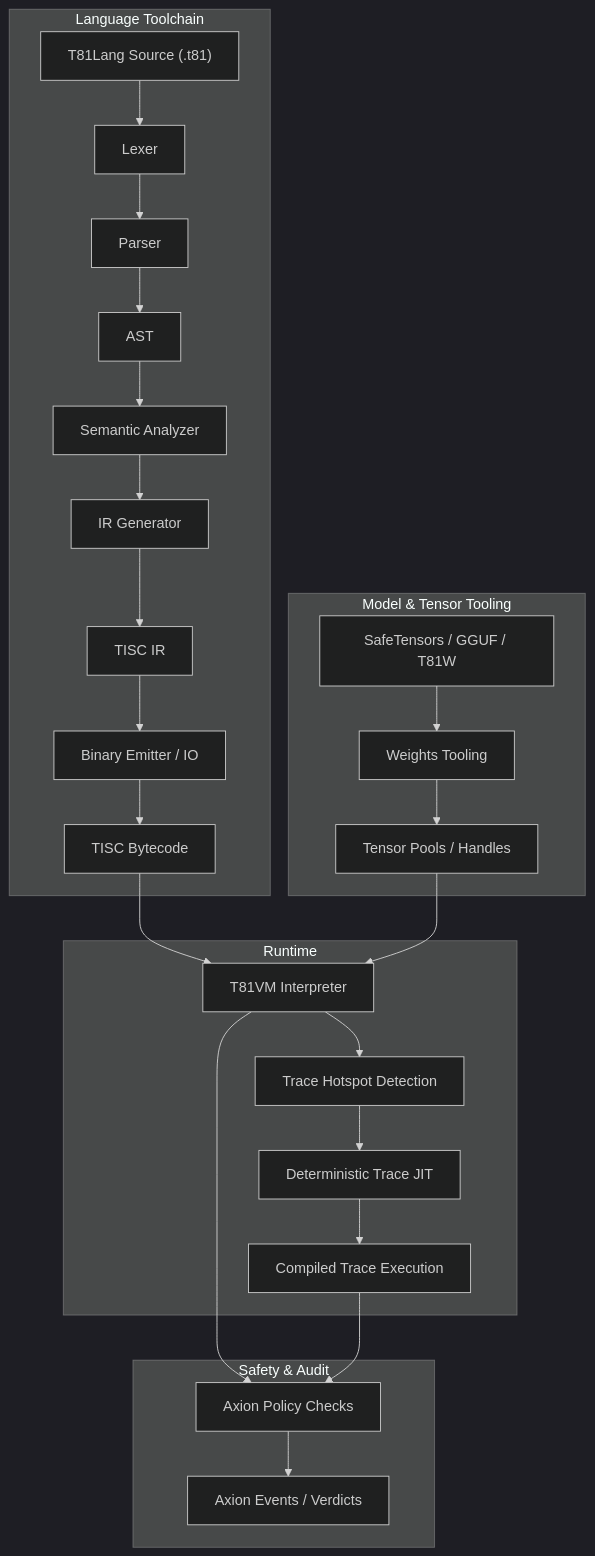
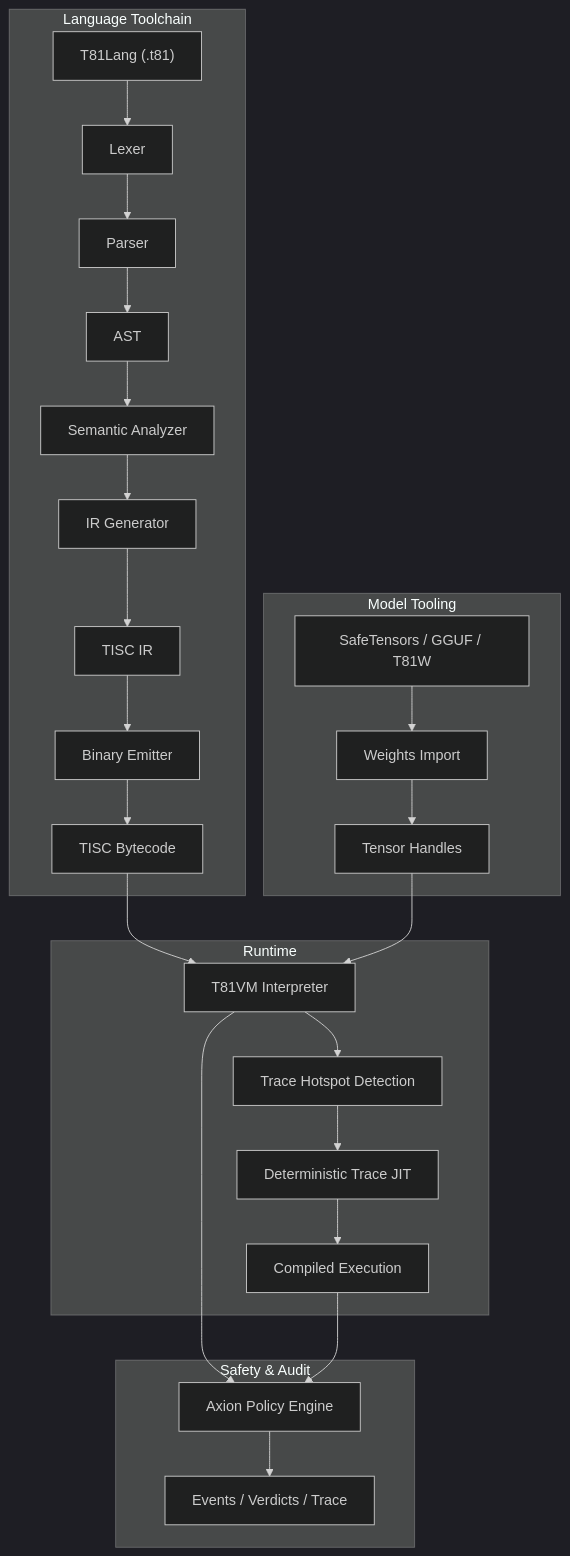
The diagram in README.md (ryansctt1994-sudo/t81-foundation), drawn with Mermaid (dark theme) before and after one commit. The commit also changed other lines of this file, not shown here.

````diff
--- a/README.md
+++ b/README.md
@@ -95,29 +88,29 @@
 ```mermaid
 graph TD
     subgraph "Language Toolchain"
-        A["T81Lang Source (.t81)"] --> B[Lexer]
+        A["T81Lang (.t81)"] --> B[Lexer]
         B --> C[Parser]
         C --> D[AST]
         D --> E["Semantic Analyzer"]
         E --> F["IR Generator"]
         F --> G["TISC IR"]
-        G --> H["Binary Emitter / IO"]
+        G --> H["Binary Emitter"]
         H --> I["TISC Bytecode"]
     end
     subgraph "Runtime"
         I --> J["T81VM Interpreter"]
         J --> K["Trace Hotspot Detection"]
         K --> L["Deterministic Trace JIT"]
-        L --> M["Compiled Trace Execution"]
+        L --> M["Compiled Execution"]
     end
     subgraph "Safety & Audit"
-        J --> N["Axion Policy Checks"]
+        J --> N["Axion Policy Engine"]
         M --> N
-        N --> O["Axion Events / Verdicts"]
+        N --> O["Events / Verdicts / Trace"]
     end
-    subgraph "Model & Tensor Tooling"
-        P["SafeTensors / GGUF / T81W"] --> Q["Weights Tooling"]
-        Q --> R["Tensor Pools / Handles"]
+    subgraph "Model Tooling"
+        P["SafeTensors / GGUF / T81W"] --> Q["Weights Import"]
+        Q --> R["Tensor Handles"]
         R --> J
     end
 ```
````
